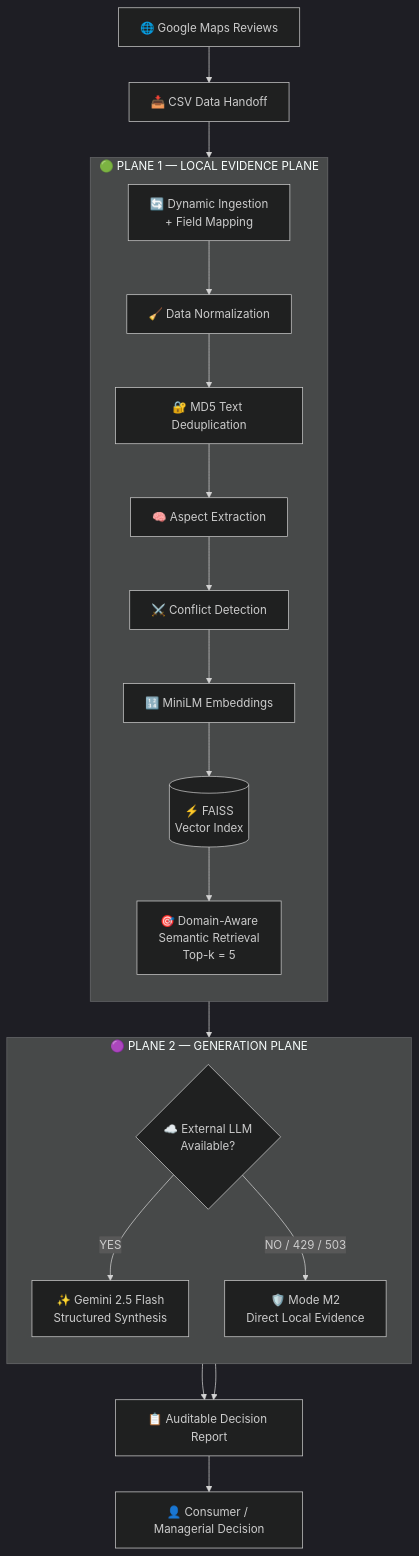
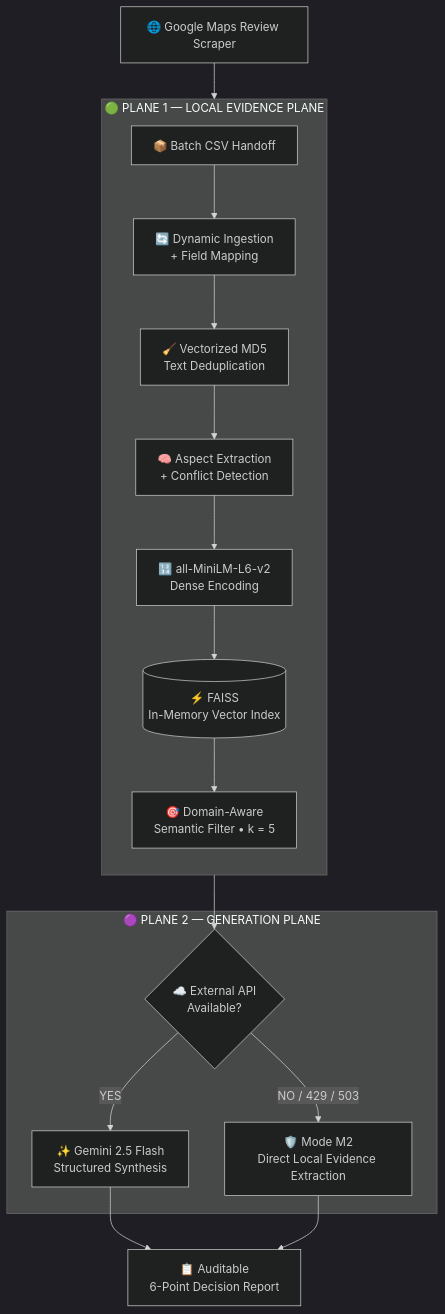
The diagram in README.md (rayhan-khan-dev/UIDSS-Optimized-Pipeline), drawn with Mermaid (dark theme) before and after one commit. The commit also changed other lines of this file, not shown here.

````diff
--- a/README.md
+++ b/README.md
@@ -187,58 +176,28 @@
 ```mermaid
-flowchart TB
+flowchart TD
 
-    %% =========================
-    %% DATA ACQUISITION
-    %% =========================
-
-    A["🌐 Google Maps Reviews"]
-
-    A --> B["📥 CSV Data Handoff"]
-
-    B --> C["🔄 Dynamic Ingestion<br/>+ Field Mapping"]
-
-
-    %% =========================
-    %% PLANE 1
-    %% =========================
+    A["🌐 Google Maps Review Scraper"]
+    A --> B["📦 Batch CSV Handoff"]
 
     subgraph P1["🟢 PLANE 1 — LOCAL EVIDENCE PLANE"]
         direction TB
 
-        C --> D["🧹 Data Normalization"]
-
-        D --> E["🔐 MD5 Text Deduplication"]
-
-        E --> F["🧠 Aspect Extraction"]
-
-        F --> G["⚔️ Conflict Detection"]
-
-        G --> H["🔢 MiniLM Embeddings"]
-
-        H --> I[("⚡ FAISS<br/>Vector Index")]
-
-        I --> J["🎯 Domain-Aware<br/>Semantic Retrieval<br/>Top-k = 5"]
+        B --> C["🔄 Dynamic Ingestion<br/>+ Field Mapping"]
+        C --> D["🧹 Vectorized MD5<br/>Text Deduplication"]
+        D --> E["🧠 Aspect Extraction<br/>+ Conflict Detection"]
+        E --> F["🔢 all-MiniLM-L6-v2<br/>Dense Encoding"]
+        F --> G[("⚡ FAISS<br/>In-Memory Vector Index")]
+        G --> H["🎯 Domain-Aware<br/>Semantic Filter • k = 5"]
     end
 
-
-    %% =========================
-    %% PLANE 2
-    %% =========================
-
-    J --> K{"☁️ External LLM<br/>Available?"}
+    H --> I{"☁️ External API<br/>Available?"}
 
     subgraph P2["🟣 PLANE 2 — GENERATION PLANE"]
-        direction TB
-
-        K -->|"YES"| L["✨ Gemini 2.5 Flash<br/>Structured Synthesis"]
-
-        K -->|"NO / 429 / 503"| M["🛡️ Mode M2<br/>Direct Local Evidence"]
+        I -->|YES| J["✨ Gemini 2.5 Flash<br/>Structured Synthesis"]
+        I -->|NO / 429 / 503| K["🛡️ Mode M2<br/>Direct Local Evidence Extraction"]
     end
 
-    L --> N["📋 Auditable Decision Report"]
-
-    M --> N
-
-    N --> O["👤 Consumer / Managerial Decision"]
+    J --> L["📋 Auditable<br/>6-Point Decision Report"]
+    K --> L
 
 ```
````
